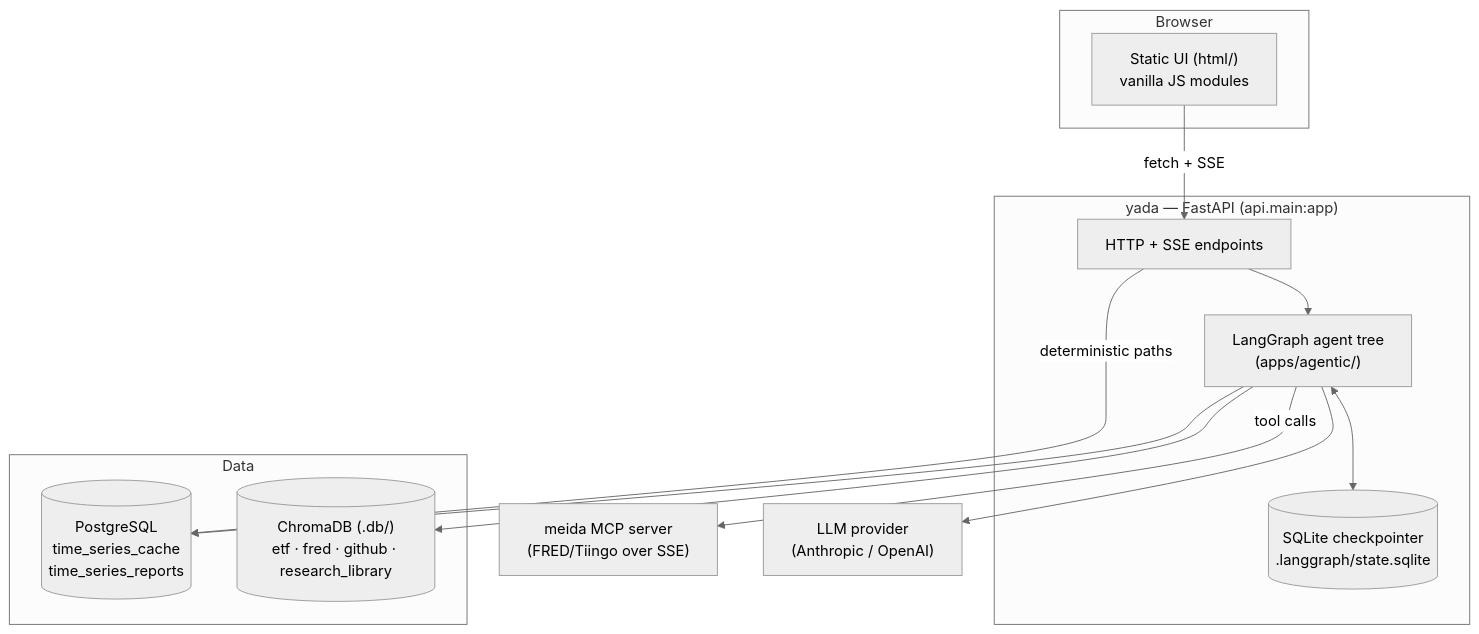
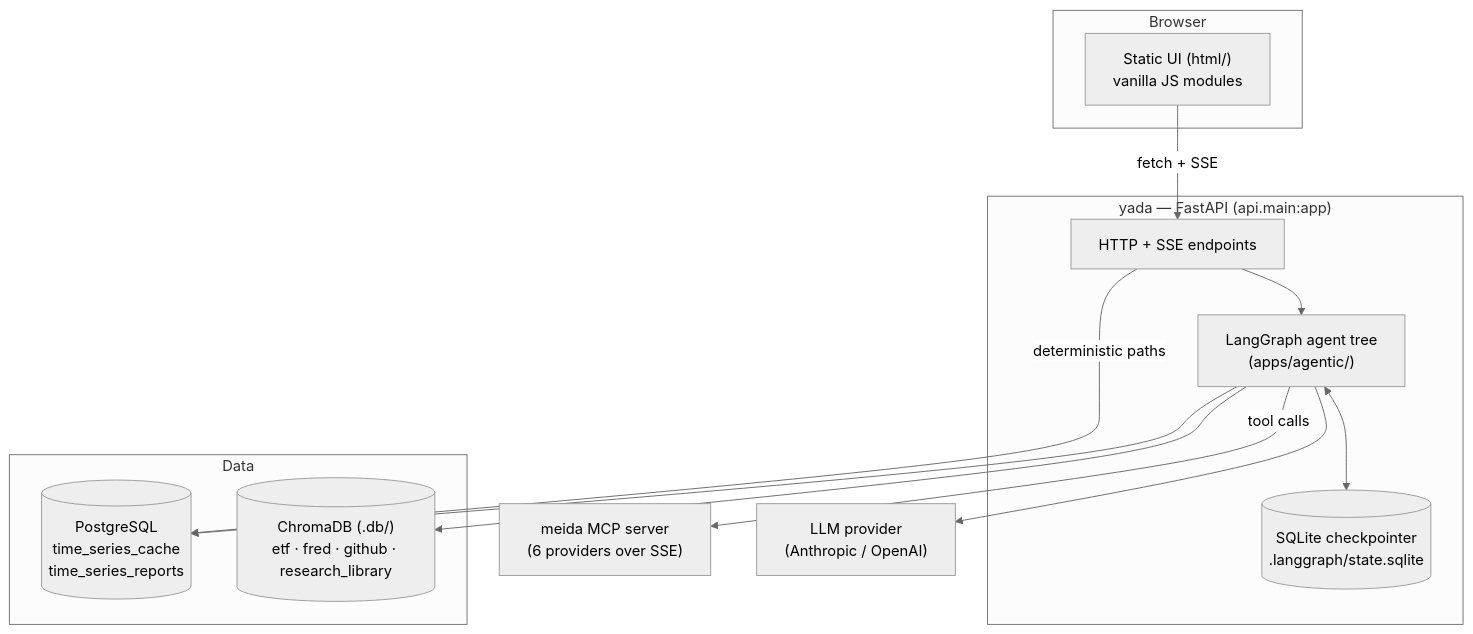
The first of 4 diagrams in yada/architecture.md (glyfish/sefer), drawn with Mermaid (neutral theme) before and after one commit. The commit also changed other lines of this file and 12 other files, not shown here.

````diff
--- a/yada/architecture.md
+++ b/yada/architecture.md
@@ -47,26 +47,26 @@
 ```mermaid
 flowchart TB
     subgraph Browser
         UI["Static UI (html/)<br/>vanilla JS modules"]
     end
     subgraph YADA["yada — FastAPI (api.main:app)"]
         API["HTTP + SSE endpoints"]
         GRAPH["LangGraph agent tree<br/>(apps/agentic/)"]
         CKPT[("SQLite checkpointer<br/>.langgraph/state.sqlite")]
     end
     subgraph Data
         PG[("PostgreSQL<br/>time_series_cache<br/>time_series_reports")]
         CHROMA[("ChromaDB (.db/)<br/>etf · fred · github · research_library")]
     end
-    MEIDA["meida MCP server<br/>(FRED/Tiingo over SSE)"]
+    MEIDA["meida MCP server<br/>(6 providers over SSE)"]
     LLM["LLM provider<br/>(Anthropic / OpenAI)"]
 
     UI -->|"fetch + SSE"| API
     API --> GRAPH
     GRAPH <--> CKPT
     GRAPH --> LLM
     GRAPH --> CHROMA
     GRAPH --> PG
     GRAPH -->|"tool calls"| MEIDA
     API -->|"deterministic paths"| PG
 ```
````
